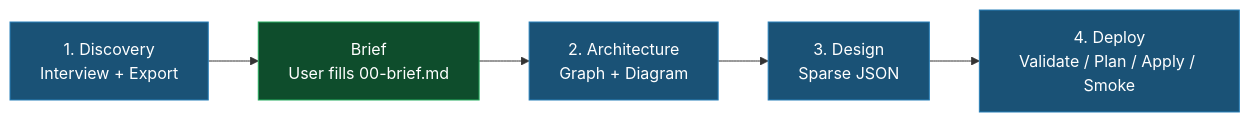
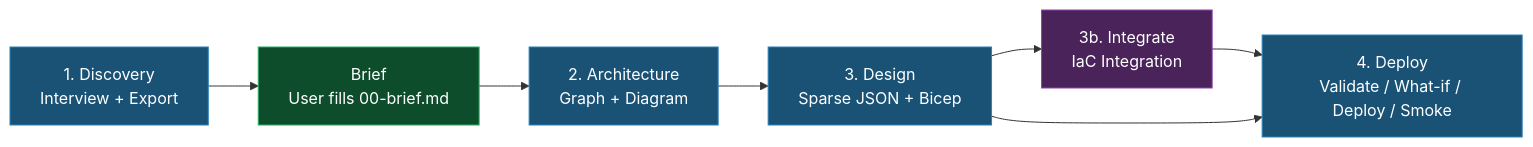
One commit to abossard/azure-healthmodel-skills changed the diagram in skills/healthmodel-orchestrator/SKILL.md. Above: the diagram before and after it, drawn with Mermaid. The commit also changed other lines of this file and 3 other files, not shown here.

Commit message:
fix: update version to 0.1.4 in plugin.json; enhance healthmodel-orchestrator and healthmodel-design skills with integration options

````diff
--- a/skills/healthmodel-orchestrator/SKILL.md
+++ b/skills/healthmodel-orchestrator/SKILL.md
@@ -36,9 +36,12 @@
 ```mermaid
 graph LR
   classDef phase fill:#1a5276,stroke:#2980b9,color:#fff
   classDef check fill:#0e4d2c,stroke:#27ae60,color:#fff
+  classDef optional fill:#4a235a,stroke:#8e44ad,color:#fff
   D[1. Discovery<br/>Interview + Export]:::phase --> B[Brief<br/>User fills 00-brief.md]:::check
   B --> A[2. Architecture<br/>Graph + Diagram]:::phase
-  A --> S[3. Design<br/>Sparse JSON]:::phase
-  S --> P[4. Deploy<br/>Validate / Plan / Apply / Smoke]:::phase
+  A --> S[3. Design<br/>Sparse JSON + Bicep]:::phase
+  S --> I[3b. Integrate<br/>IaC Integration]:::optional
+  I --> P[4. Deploy<br/>Validate / What-if / Deploy / Smoke]:::phase
+  S --> P
 ```
````
